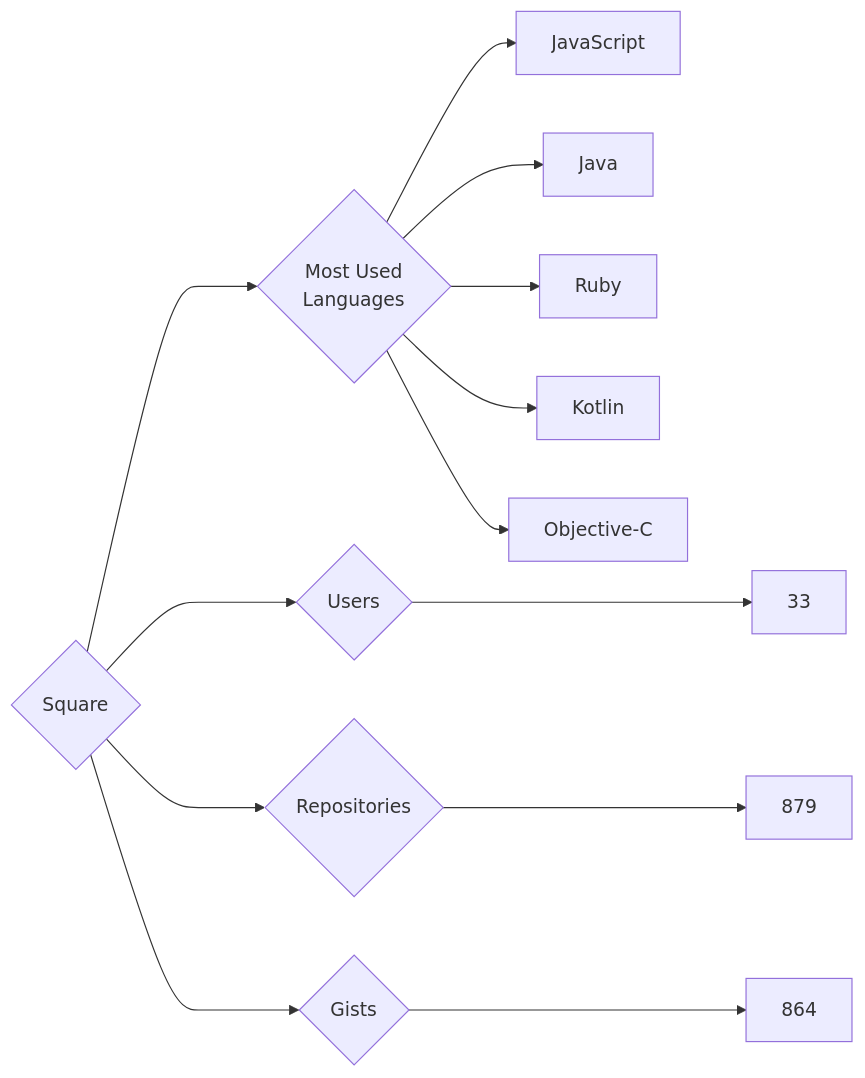
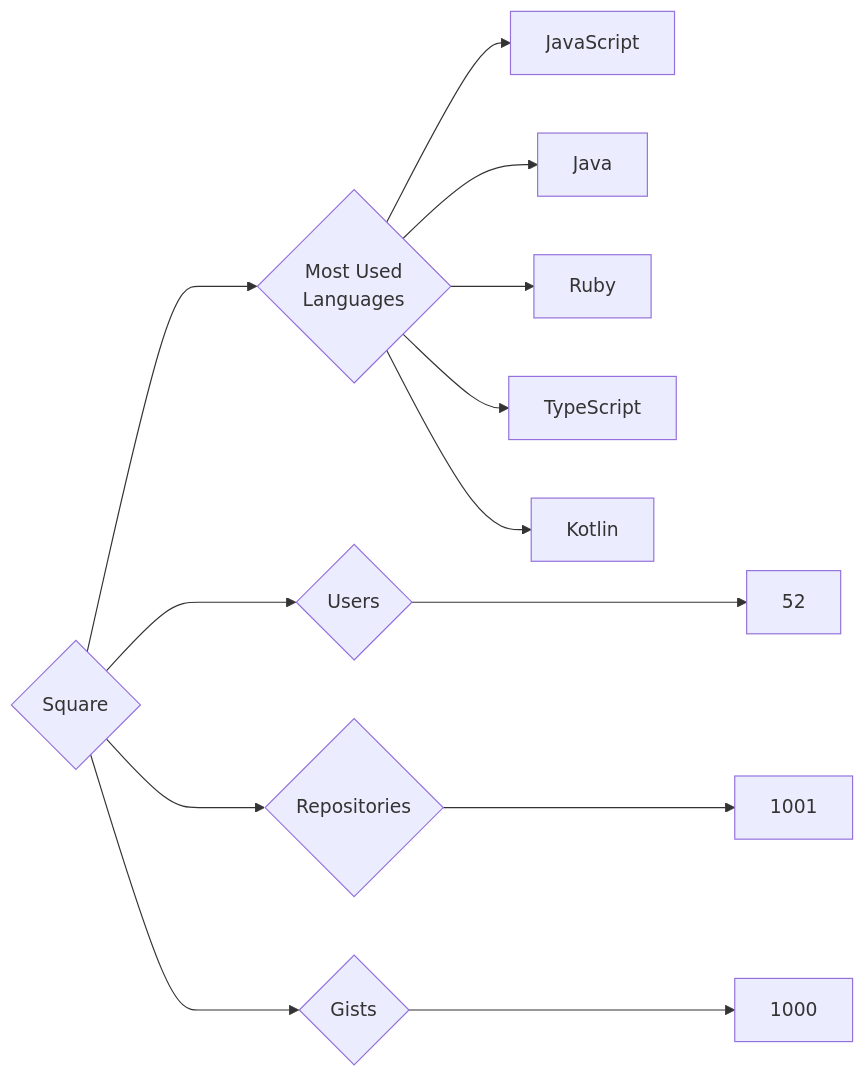
The diagram in targets/Square/README.md (trickest/insiders), drawn with Mermaid before and after one commit. The commit also changed 1011 other files, not shown here.

````diff
--- a/targets/Square/README.md
+++ b/targets/Square/README.md
@@ -3,13 +3,13 @@
 ```mermaid
 graph LR
 COMPANY_NAME{Square}
-COMPANY_NAME ---> U{Users} ---> UN[33]
-COMPANY_NAME ---> R{Repositories} ---> RN[879]
-COMPANY_NAME ---> G{Gists} ---> GN[864]
+COMPANY_NAME ---> U{Users} ---> UN[52]
+COMPANY_NAME ---> R{Repositories} ---> RN[1001]
+COMPANY_NAME ---> G{Gists} ---> GN[1000]
 COMPANY_NAME ---> ML{Most Used<br>Languages}
 ML --> JavaScript[JavaScript]
 ML --> Java[Java]
 ML --> Ruby[Ruby]
+ML --> TypeScript[TypeScript]
 ML --> Kotlin[Kotlin]
-ML --> Objective-C[Objective-C]
 ```
````
